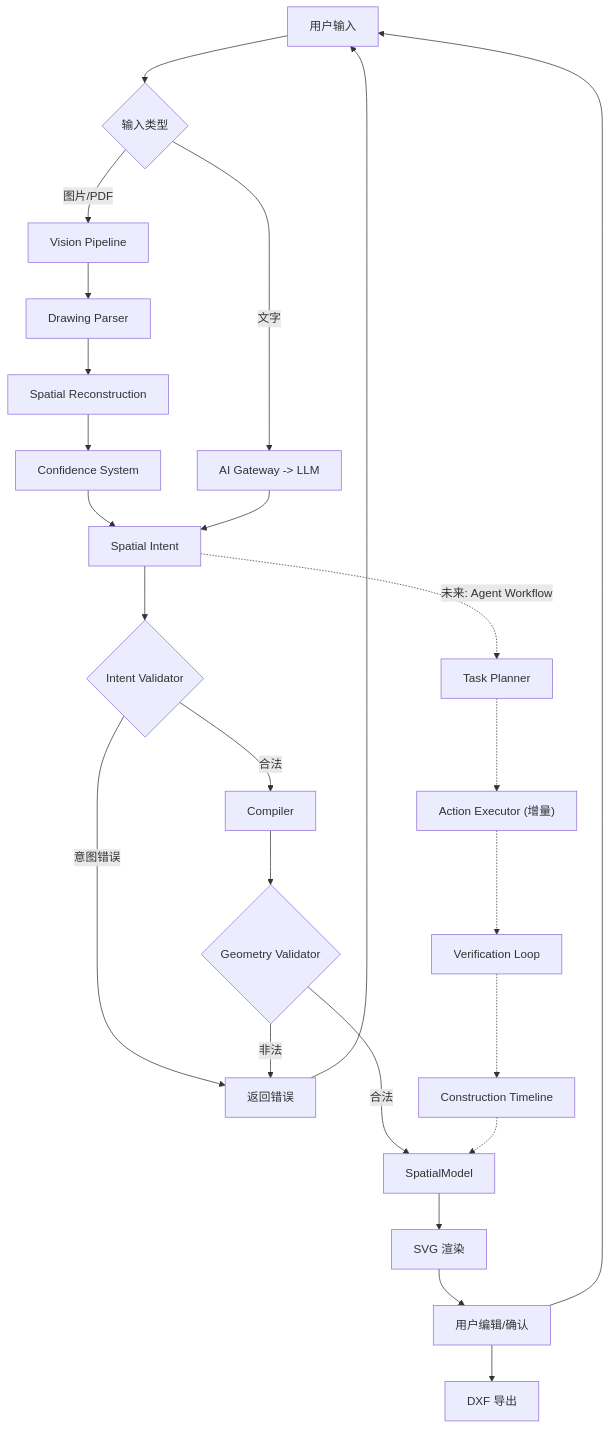
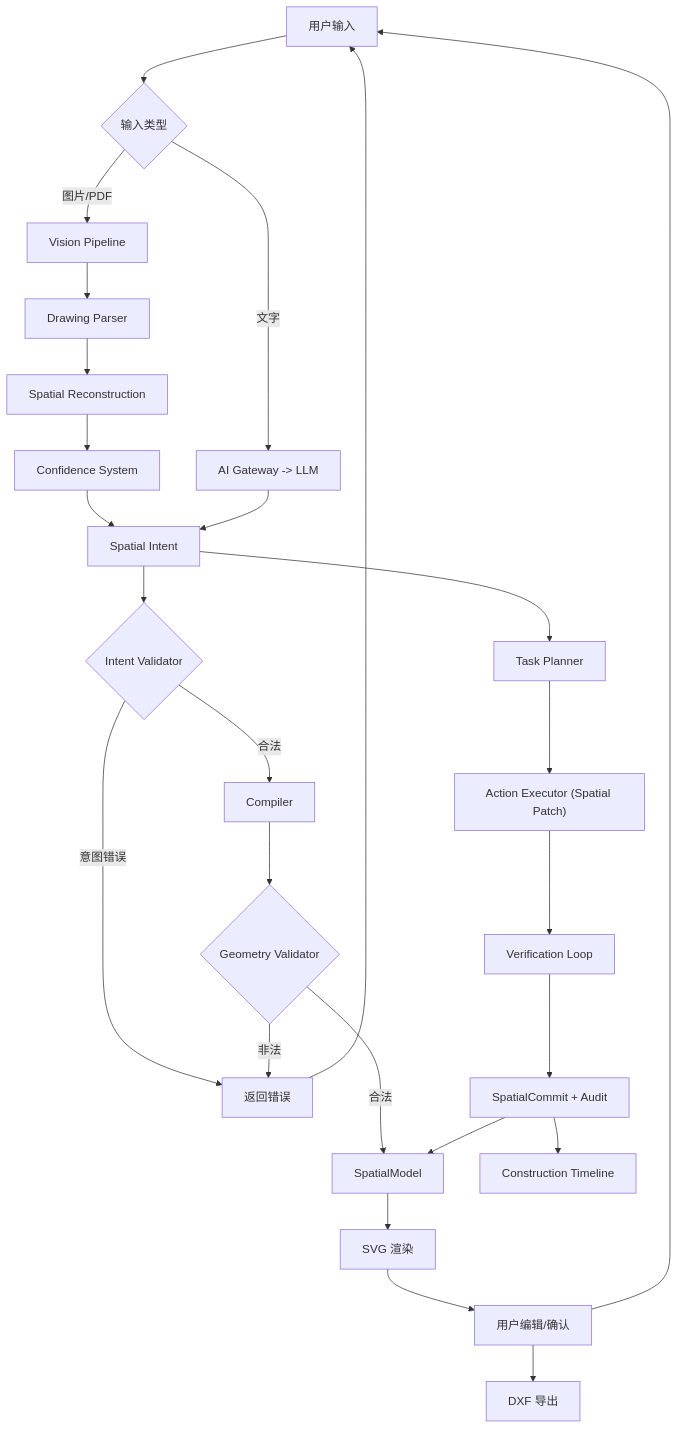
Before and after one commit to sidhu-master/VectorAI-plugin: the diagram in docs/prd.md, drawn with Mermaid. The commit also changed other lines of this file and 2 other files, not shown here.

Commit message:
docs: define auditable agent workflow v0.1

````diff
--- a/docs/prd.md
+++ b/docs/prd.md
@@ -191,28 +210,29 @@
 ```mermaid
 flowchart TD
     A["用户输入"] --> B{"输入类型"}
     B -->|文字| C["AI Gateway -> LLM"]
     B -->|图片/PDF| D["Vision Pipeline"]
     D --> D1["Drawing Parser"]
     D1 --> D2["Spatial Reconstruction"]
     D2 --> D3["Confidence System"]
     D3 --> E["Spatial Intent"]
     C --> E
     E --> F{"Intent Validator"}
     F -->|意图错误| G["返回错误"]
     F -->|合法| H["Compiler"]
     H --> I{"Geometry Validator"}
     I -->|非法| G
     I -->|合法| J["SpatialModel"]
     G --> A
     J --> K["SVG 渲染"]
     K --> L["用户编辑/确认"]
     L --> M["DXF 导出"]
     L --> A
 
-    E -.->|未来: Agent Workflow| W1["Task Planner"]
-    W1 -.-> W2["Action Executor (增量)"]
-    W2 -.-> W3["Verification Loop"]
-    W3 -.-> W4["Construction Timeline"]
-    W4 -.-> J
+    E --> W1["Task Planner"]
+    W1 --> W2["Action Executor (Spatial Patch)"]
+    W2 --> W3["Verification Loop"]
+    W3 --> W4["SpatialCommit + Audit"]
+    W4 --> J
+    W4 --> W5["Construction Timeline"]
 ```
````
